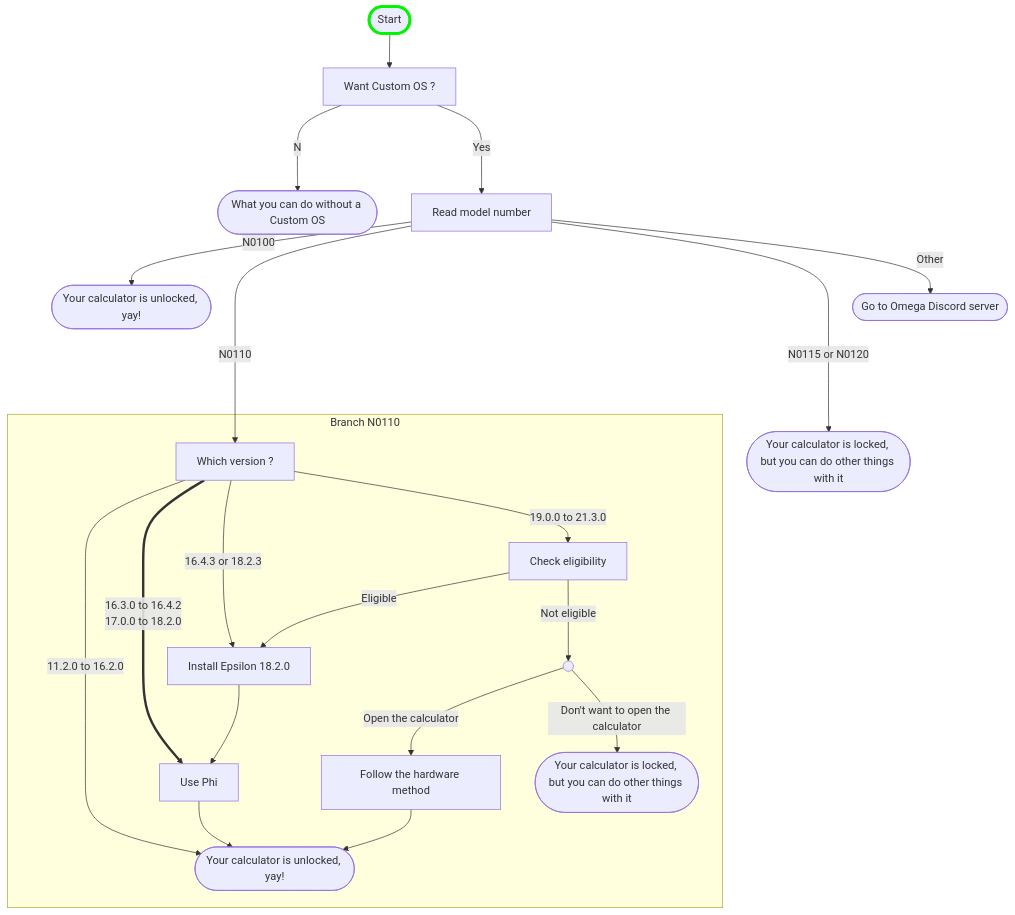
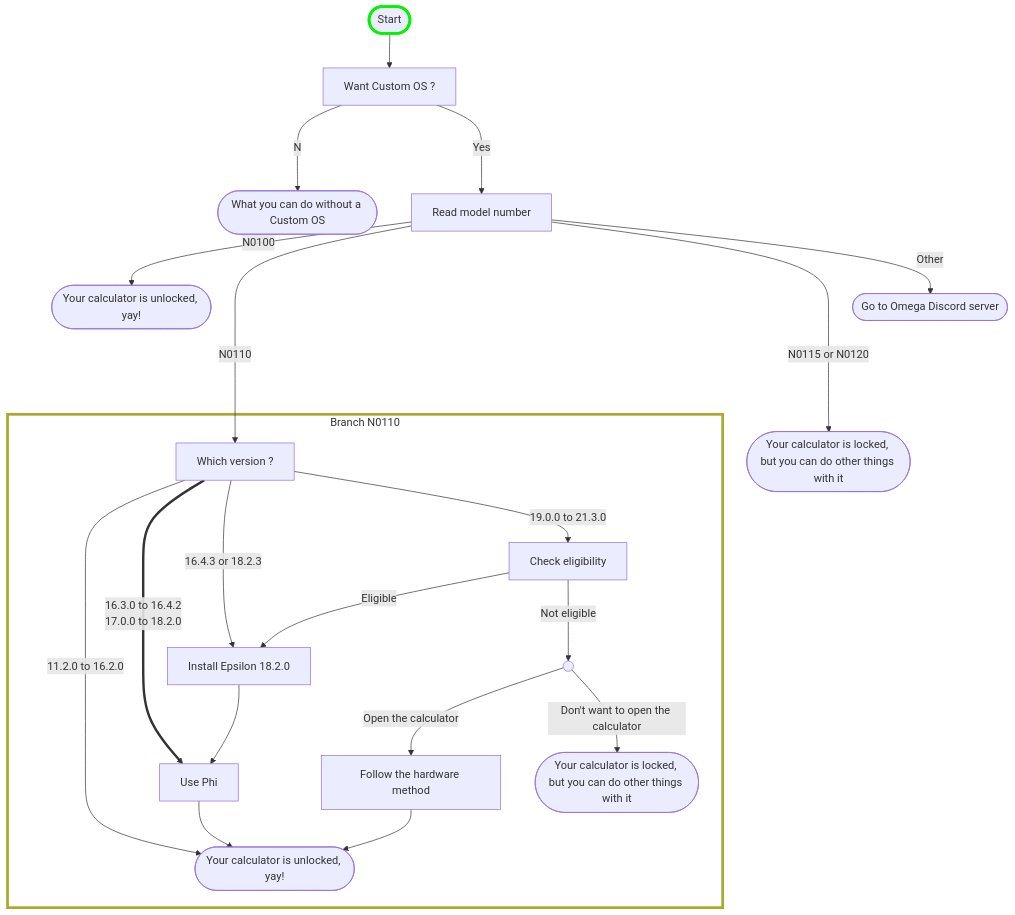
Before and after one commit to Omega-Numworks/Omega-Guide: the diagram in docs/flowchart.md, drawn with Mermaid.

Commit message:
Smol update
- Remove background in Branch N0110

````diff
--- a/docs/flowchart.md
+++ b/docs/flowchart.md
@@ -9,48 +9,49 @@
 ```mermaid
 flowchart TD
     calc_unlocked([Your calculator is unlocked, yay!])
     calc_locked_no_modif([What you can do without a Custom OS])
     start([Start]) --> want_cfw[Want Custom OS ?]
     style start stroke:#00f500,stroke-width:4px
     want_cfw --No--> calc_locked_no_modif
     want_cfw --->|Yes| model_number[Read model number]
     
     
     model_number --N0100--> calc_unlocked
     model_number ---->|N0110| check_version_n0110
     model_number ---->|N0115 or N0120| calc_locked_new_calcs
     model_number --Other--> goto_discord([Go to Omega Discord server])
 
     click model_number "./intro"
     click calc_locked_no_modif "./no-custom/what-to-do-locked"
     click calc_unlocked "./cfw/choose-a-cfw"
     click goto_discord "https://discord.gg/X2TWhh9"
 
     subgraph n0110 [Branch N0110]
+    style n0110 fill:transparent,stroke-width:4px
     calc_locked_n0110([Your calculator is locked, but you can do other things with it])
     calc_unlocked_n0110([Your calculator is unlocked, yay!])
     check_version_n0110[Which version ?]
     check_version_n0110 --11.2.0 to 16.2.0--> calc_unlocked_n0110
     check_version_n0110 ==16.3.0 to 16.4.2\n17.0.0 to 18.2.0==> phi[Use Phi]
     check_version_n0110 --16.4.3 or 18.2.3--> install_18_2_0[Install Epsilon 18.2.0]
     check_version_n0110 --19.0.0 to 21.3.0--> downgrade_check[Check eligibility]
     downgrade_check --Eligible--> install_18_2_0
     downgrade_check --Not eligible--> downgrade_fail(( )) --Open the calculator--> hardware_method[Follow the hardware method]
     downgrade_fail --Don't want to open the calculator--> calc_locked_n0110
     install_18_2_0 --> phi
     phi & hardware_method --> calc_unlocked_n0110
 
     click check_version_n0110 "./n0110/n0110-is-locked"
     click downgrade_check "./n0110/phi/check-version-change-eligibility"
     click install_18_2_0 "./n0110/phi/install-epsilon-18-2-0"
     click phi "./n0110/phi"
     click hardware_method "./n0110/hardware/n0110-hardware-unlock"
     click calc_locked_n0110 "./no-custom/what-to-do-locked"
     click calc_unlocked_n0110 "./cfw/choose-a-cfw"
 
     end
 
     calc_locked_new_calcs([Your calculator is locked, but you can do other things with it])
 
     click calc_locked_new_calcs "./no-custom/what-to-do-locked"
 ```
````
